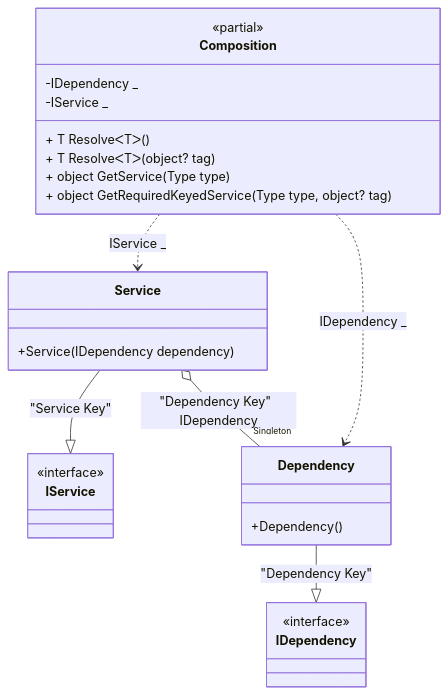
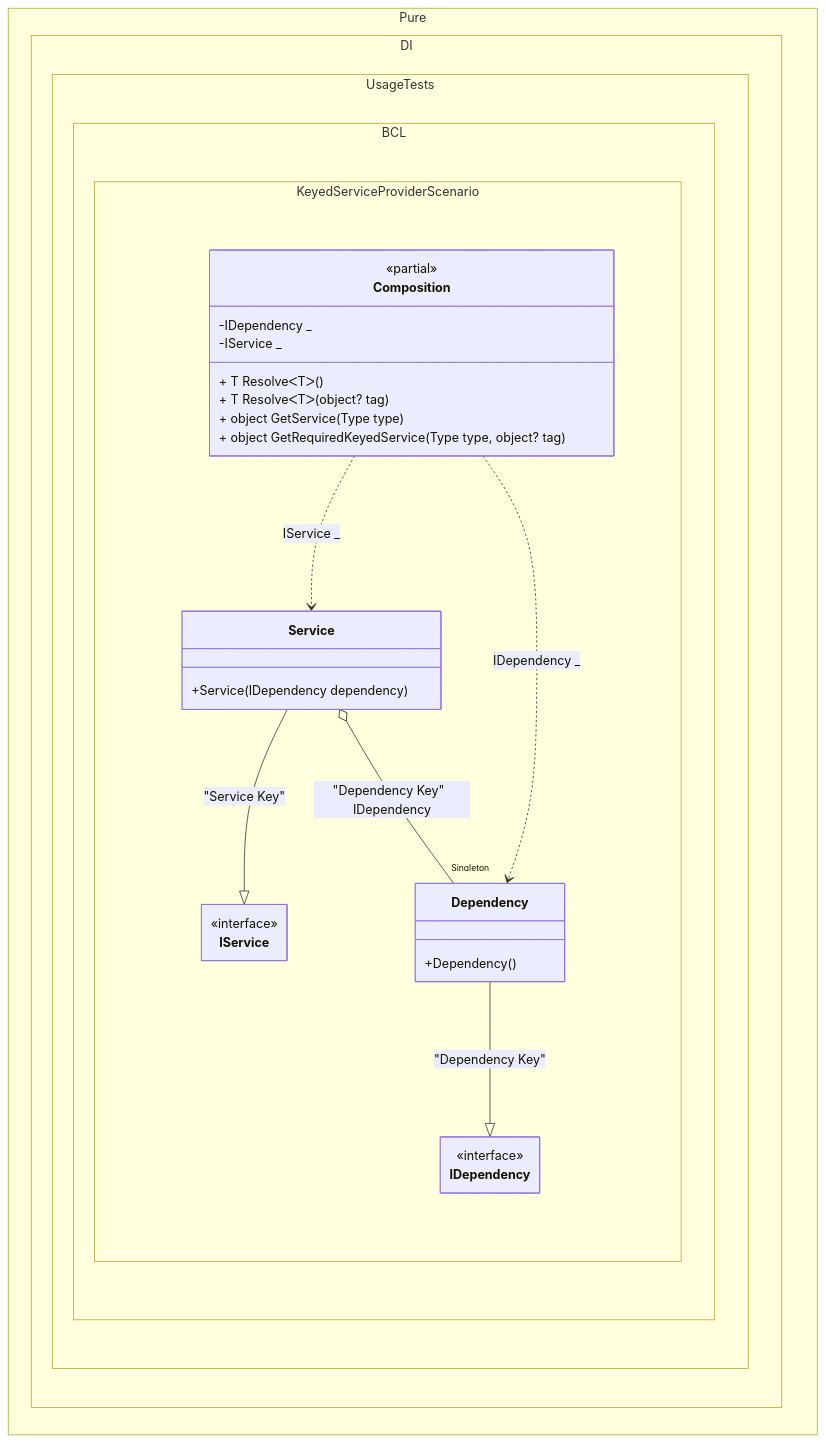
One commit to DevTeam/Pure.DI changed the diagram in readme/keyed-service-provider.md. Above: the diagram before and after it, drawn with Mermaid. The commit also changed 103 other files, not shown here.

Commit message:
Improved class diagrams

````diff
--- a/readme/keyed-service-provider.md
+++ b/readme/keyed-service-provider.md
@@ -252,29 +252,36 @@
 ```mermaid
+---
+ config:
+  class:
+   hideEmptyMembersBox: true
+---
 classDiagram
-	class Composition {
+	Service --|> IService : "Service Key" 
+	Dependency --|> IDependency : "Dependency Key" 
+	Composition ..> Service : IService _
+	Composition ..> Dependency : IDependency _
+	Service o-- "Singleton" Dependency : "Dependency Key"  IDependency
+	namespace Pure.DI.UsageTests.BCL.KeyedServiceProviderScenario {
+		class Composition {
 		<<partial>>
 		-IDependency _
 		-IService _
 		+ T ResolveᐸTᐳ()
 		+ T ResolveᐸTᐳ(object? tag)
 		+ object GetService(Type type)
 		+ object GetRequiredKeyedService(Type type, object? tag)
+		}
+		class Dependency {
+			+Dependency()
+		}
+		class IDependency {
+			<<interface>>
+		}
+		class IService {
+			<<interface>>
+		}
+		class Service {
+			+Service(IDependency dependency)
+		}
 	}
-	Service --|> IService : "Service Key" 
-	class Service {
-		+Service(IDependency dependency)
-	}
-	Dependency --|> IDependency : "Dependency Key" 
-	class Dependency {
-		+Dependency()
-	}
-	class IService {
-		<<interface>>
-	}
-	class IDependency {
-		<<interface>>
-	}
-	Composition ..> Service : IService _
-	Composition ..> Dependency : IDependency _
-	Service o-- "Singleton" Dependency : "Dependency Key"  IDependency
 ```
````
